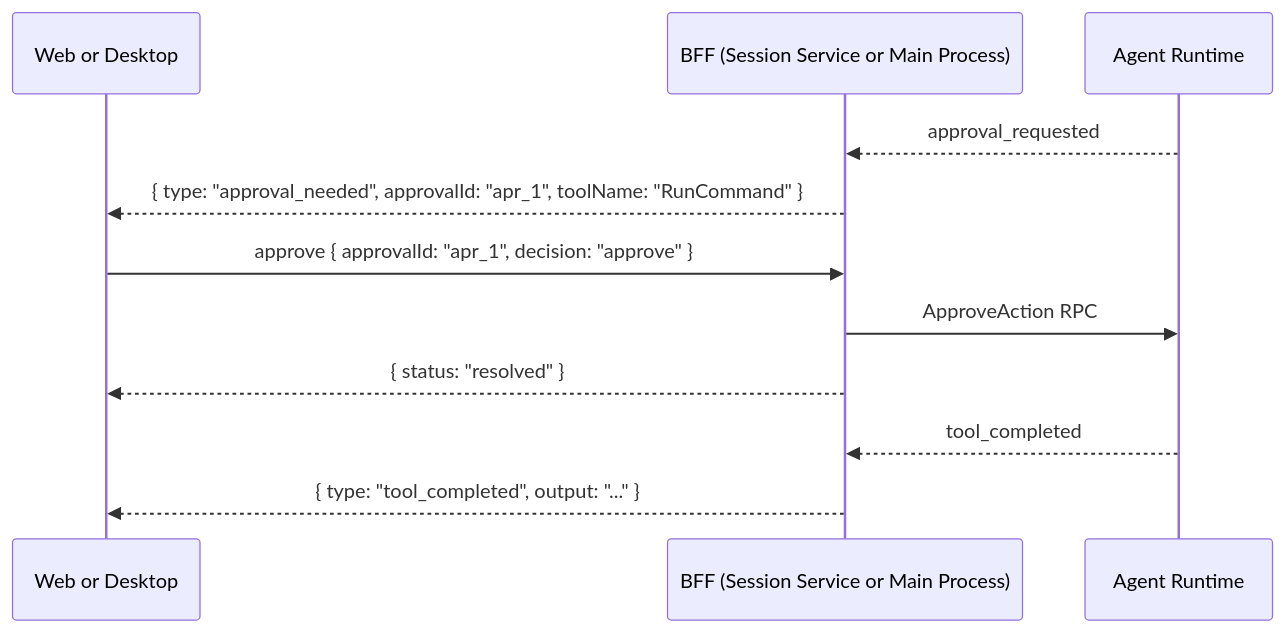
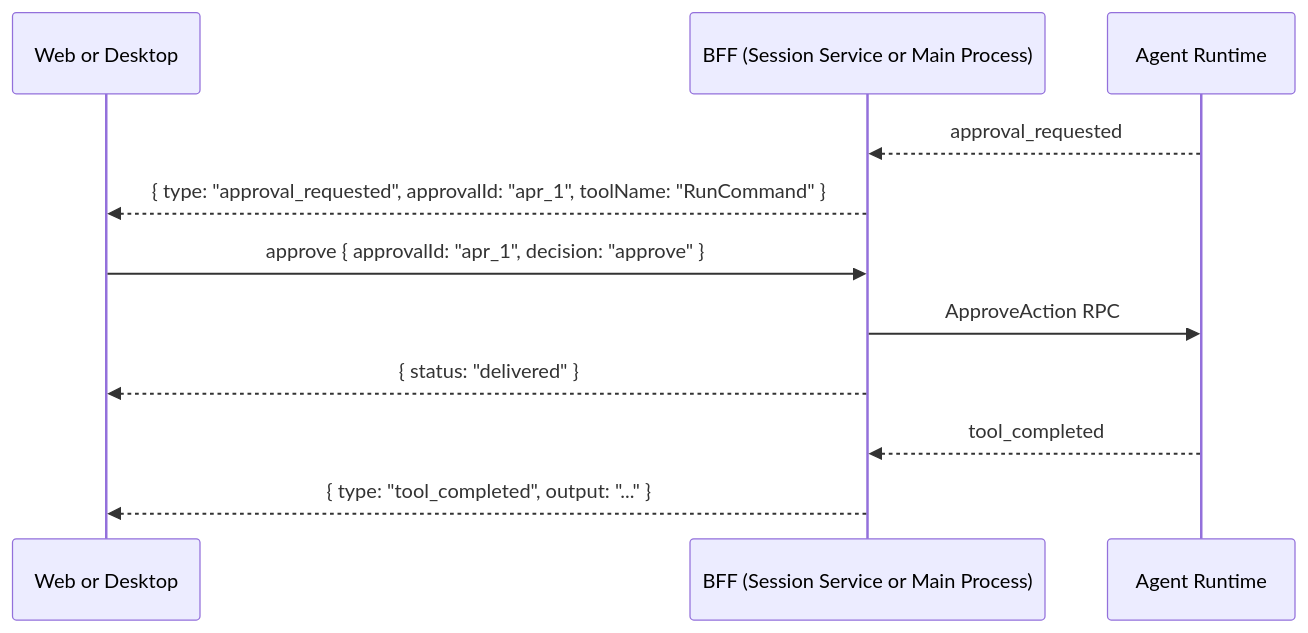
One commit to suman724/cowork-infra changed the fifth of 5 diagrams in docs/design/simplified-session-api.md. Above: the diagram before and after it, drawn with Mermaid. The commit also changed other lines of this file, not shown here.

First line of the commit message:
docs: fix 10 review issues — event names, flows, terminology

````diff
--- a/docs/design/simplified-session-api.md
+++ b/docs/design/simplified-session-api.md
@@ -557,16 +558,16 @@
 ```mermaid
 sequenceDiagram
     participant App as Web or Desktop
     participant BFF as BFF (Session Service or Main Process)
     participant Agent as Agent Runtime
 
     Agent-->>BFF: approval_requested
-    BFF-->>App: { type: "approval_needed", approvalId: "apr_1", toolName: "RunCommand" }
+    BFF-->>App: { type: "approval_requested", approvalId: "apr_1", toolName: "RunCommand" }
 
     App->>BFF: approve { approvalId: "apr_1", decision: "approve" }
     BFF->>Agent: ApproveAction RPC
-    BFF-->>App: { status: "resolved" }
+    BFF-->>App: { status: "delivered" }
 
     Agent-->>BFF: tool_completed
     BFF-->>App: { type: "tool_completed", output: "..." }
 ```
````
